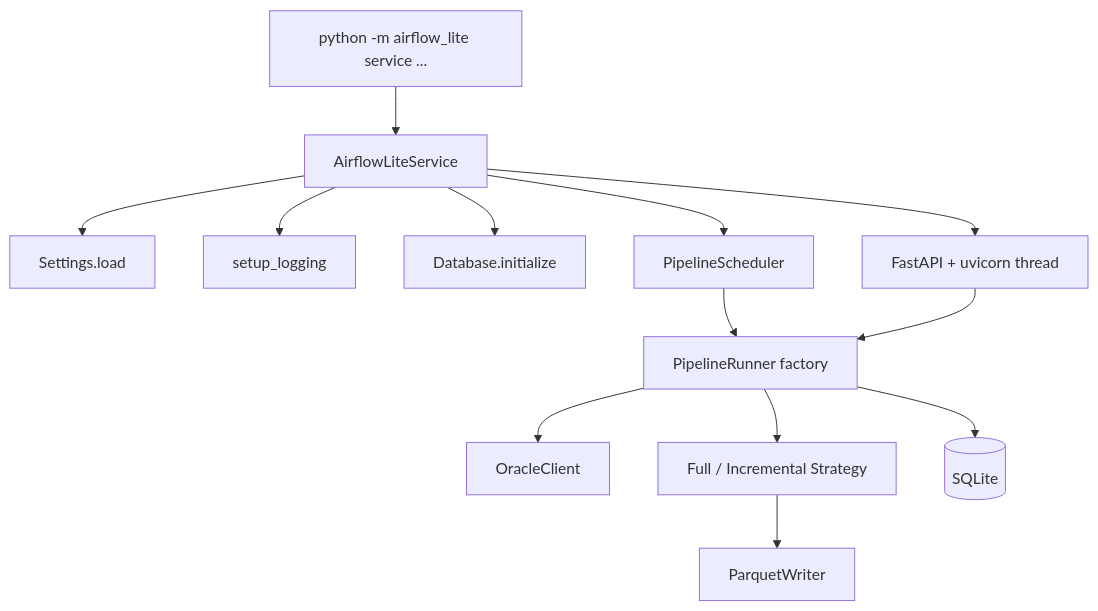
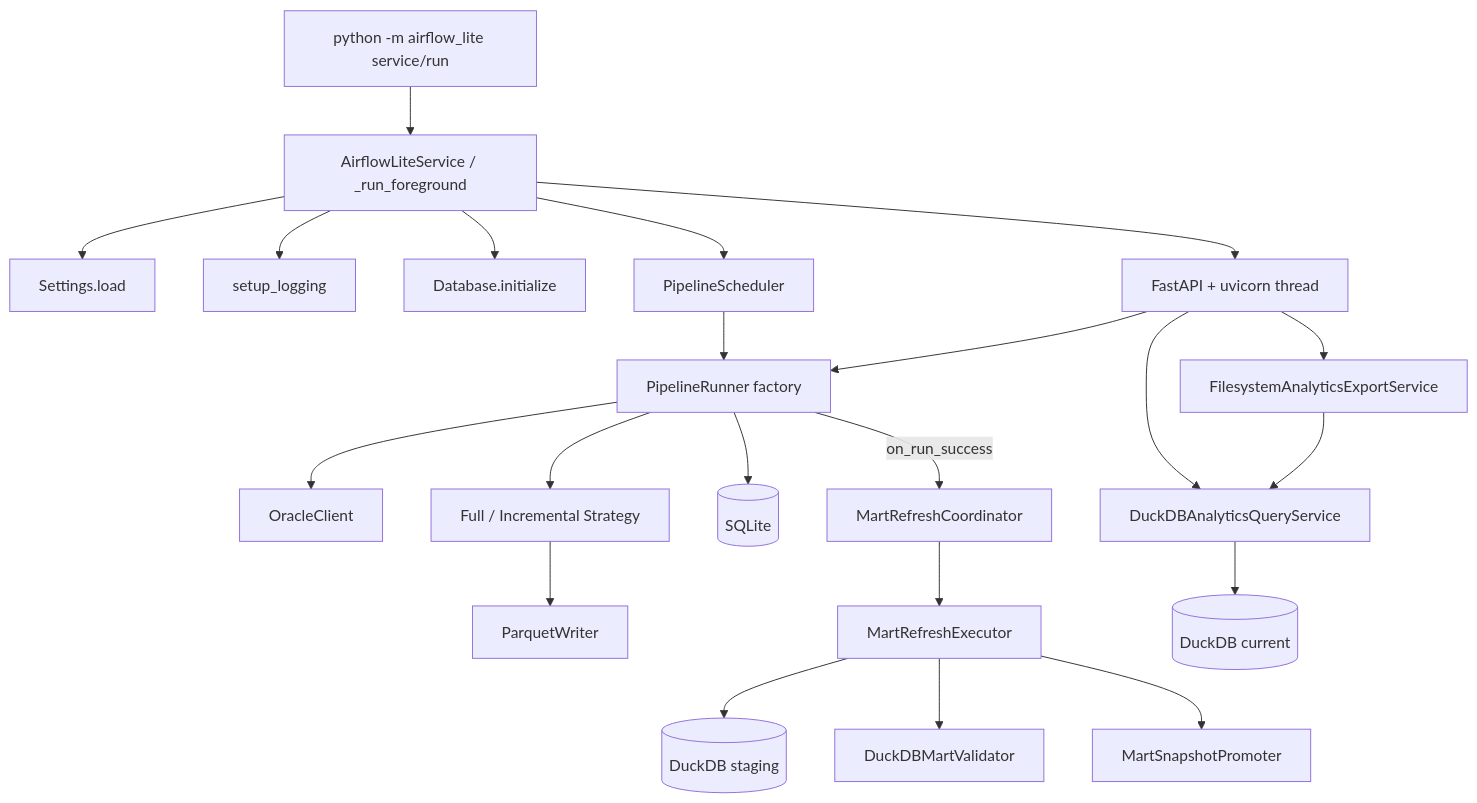
The diagram in spec/architecture.md (jwleepro/airflow_lite), drawn with Mermaid before and after one commit. The commit also changed other lines of this file and 3 other files, not shown here.

Commit message:
feat: expand analytics and mart infrastructure

````diff
--- a/spec/architecture.md
+++ b/spec/architecture.md
@@ -24,15 +28,24 @@
 ```mermaid
 flowchart TD
-    CLI[python -m airflow_lite service ...] --> SVC[AirflowLiteService]
+    CLI[python -m airflow_lite service/run] --> SVC[AirflowLiteService / _run_foreground]
     SVC --> CFG[Settings.load]
     SVC --> LOG[setup_logging]
     SVC --> DB[Database.initialize]
     SVC --> SCH[PipelineScheduler]
     SVC --> API[FastAPI + uvicorn thread]
     SCH --> RUNNER[PipelineRunner factory]
     API --> RUNNER
     RUNNER --> ORACLE[OracleClient]
     RUNNER --> STRATEGY[Full / Incremental Strategy]
     RUNNER --> SQLITE[(SQLite)]
     STRATEGY --> PARQUET[ParquetWriter]
+    RUNNER -->|on_run_success| MART[MartRefreshCoordinator]
+    MART --> EXECUTOR[MartRefreshExecutor]
+    EXECUTOR --> DUCKDB[(DuckDB staging)]
+    EXECUTOR --> VALIDATOR[DuckDBMartValidator]
+    EXECUTOR --> PROMOTER[MartSnapshotPromoter]
+    API --> QS[DuckDBAnalyticsQueryService]
+    API --> ES[FilesystemAnalyticsExportService]
+    QS --> CURRENT[(DuckDB current)]
+    ES --> QS
 ```
````
